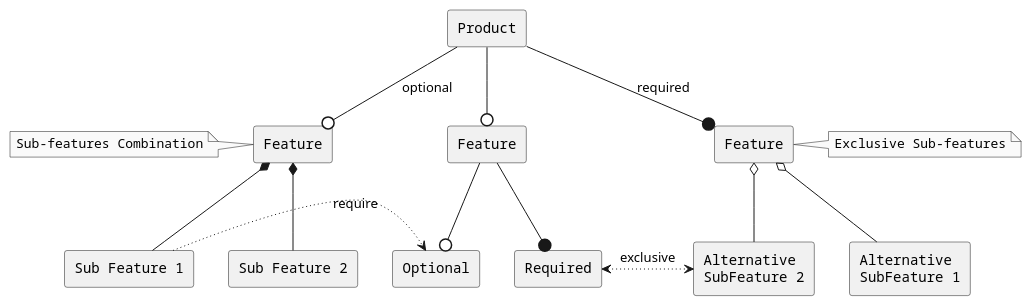
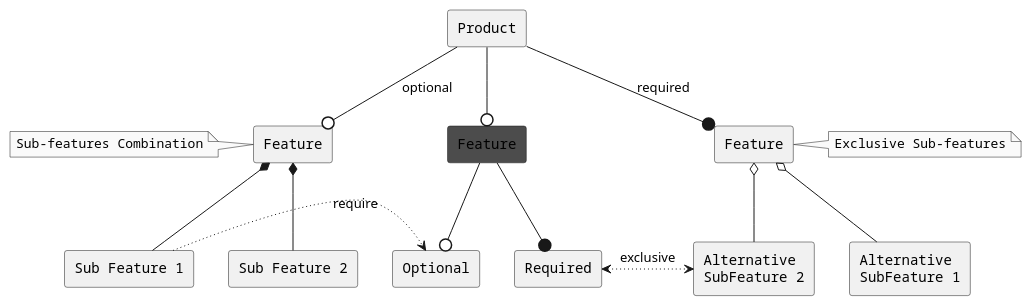
Before and after one commit to USI-MSDE-SA-2022/software-architecture-model-Tripparsugo: the diagram in src/sa/model/examples/feature.puml, drawn with PlantUML. The commit also changed 8 other files, not shown here.

```diff
--- a/src/sa/model/examples/feature.puml
+++ b/src/sa/model/examples/feature.puml
@@ -2,45 +2,45 @@
 @startuml
-rectangle "Feature" as A
+rectangle  "Feature" as A #red
 rectangle "Optional" as B
 rectangle "Required" as C
- 
+
 A --0 B
 A --@ C
 
 rectangle "Feature" as E
 note left
   Sub-features Combination
 end note
 rectangle "Sub Feature 1" as F
 rectangle "Sub Feature 2" as G
- 
+
 E *-- F
 E *-- G
 
 rectangle "Feature" as H
 note right
   Exclusive Sub-features
 end note
 
 rectangle "Alternative\nSubFeature 1" as I
 rectangle "Alternative\nSubFeature 2" as J
 
 H o-- I
 H o-- J
 
 F -[dotted]> B : require
 
 
 C <-[dotted]> J : exclusive
 
 rectangle "Product" as R
 
 R --0 A
 R --0 E : optional
 R --@ H : required
 
 
 skinparam monochrome true
 skinparam shadowing false
 skinparam defaultFontName Courier
 @enduml
```
